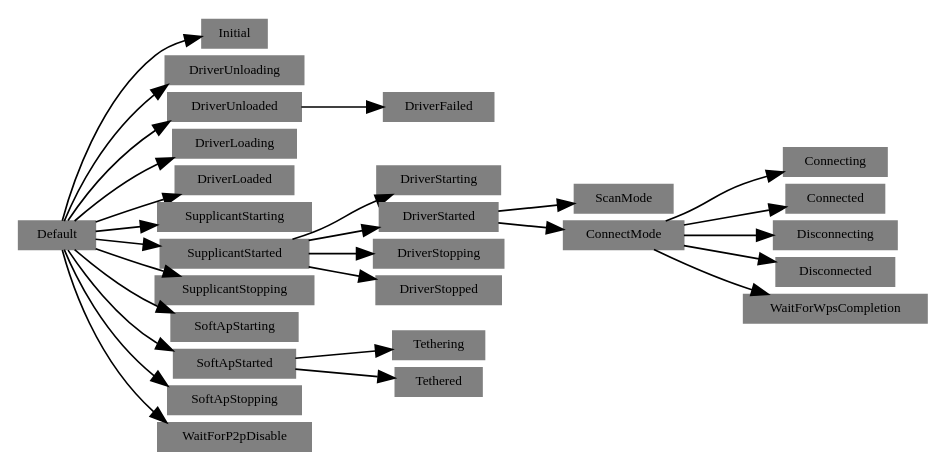
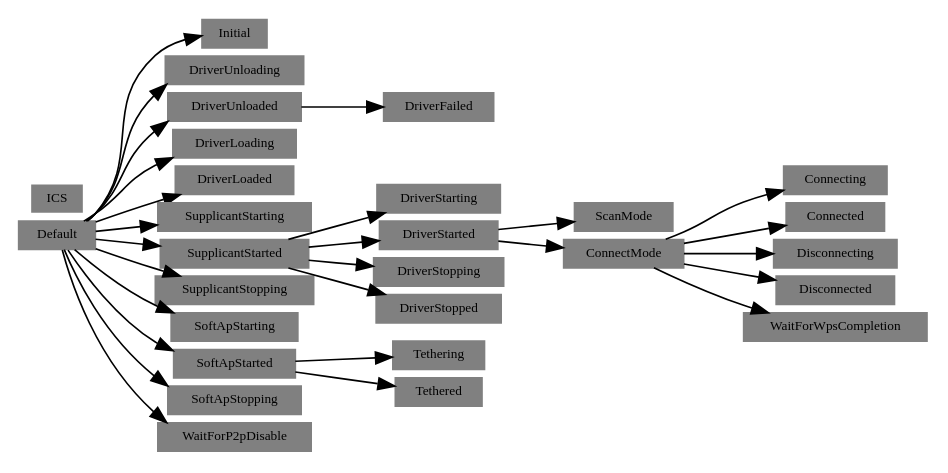
The diagram in ICS_WifiStateMachine_tree.dot (greatgauss/graphviz_script), drawn with Graphviz before and after one commit. The commit also changed 4 other files, not shown here.

```diff
--- a/ICS_WifiStateMachine_tree.dot
+++ b/ICS_WifiStateMachine_tree.dot
@@ -1,37 +1,38 @@
 digraph WSM {
   size="16,6";
   fontname = "Microsoft YaHei";
   nodesep=0.05;
   rankdir = LR;
   /*rotate = 90;*/
   edge[len=2];
   node[style=filled, shape=record, fontsize=8];
   node[height=0.20, width=0.20, color=gray];
 
 "Default" -> "Initial";
 "Default" -> "DriverUnloading";
 "Default" -> "DriverUnloaded";
 "DriverUnloaded" -> "DriverFailed";
 "Default" -> "DriverLoading";
 "Default" -> "DriverLoaded";
 "Default" -> "SupplicantStarting";
 "Default" -> "SupplicantStarted";
 "SupplicantStarted" -> "DriverStarting";
 "SupplicantStarted" -> "DriverStarted";
 "DriverStarted" -> "ScanMode";
 "DriverStarted" -> "ConnectMode";
 "ConnectMode" -> "Connecting";
 "ConnectMode" -> "Connected";
 "ConnectMode" -> "Disconnecting";
 "ConnectMode" -> "Disconnected";
 "ConnectMode" -> "WaitForWpsCompletion";
 "SupplicantStarted" -> "DriverStopping";
 "SupplicantStarted" -> "DriverStopped";
 "Default" -> "SupplicantStopping";
 "Default" -> "SoftApStarting";
 "Default" -> "SoftApStarted";
 "SoftApStarted" -> "Tethering";
 "SoftApStarted" -> "Tethered";
 "Default" -> "SoftApStopping";
 "Default" -> "WaitForP2pDisable";
+"ICS" [ shape = plaintext ];
 }
```
